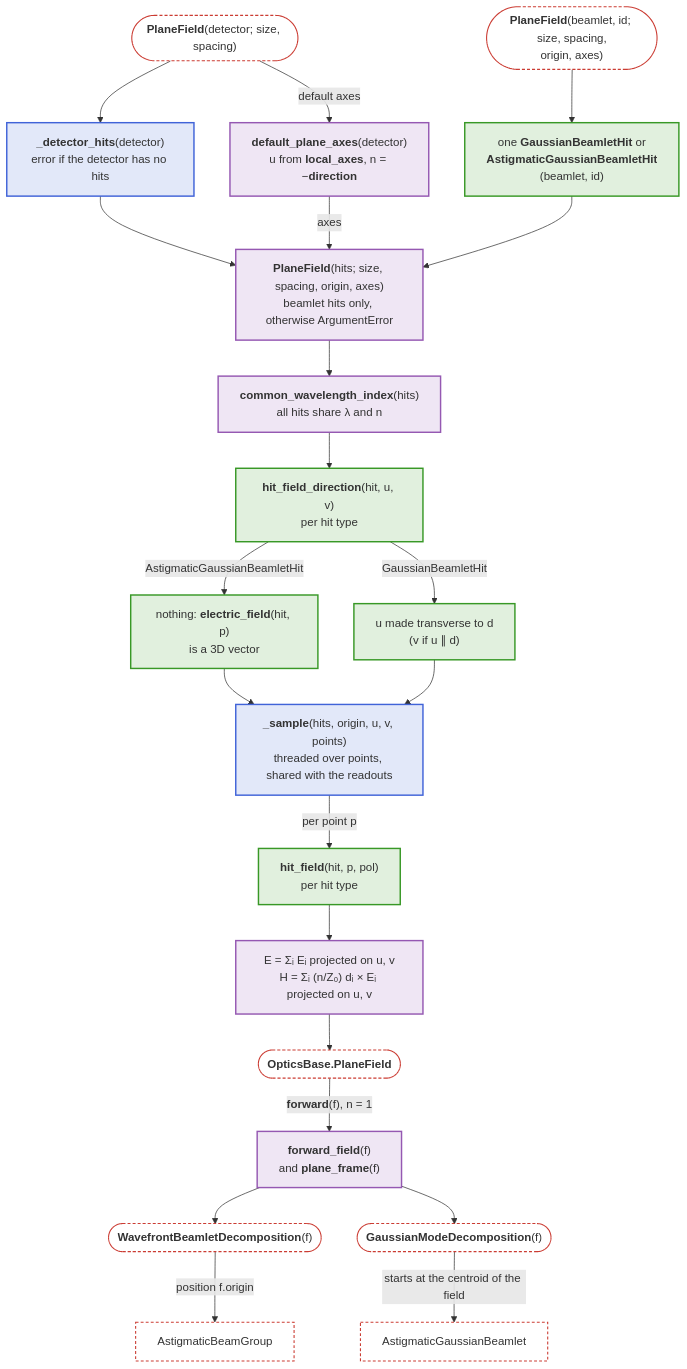
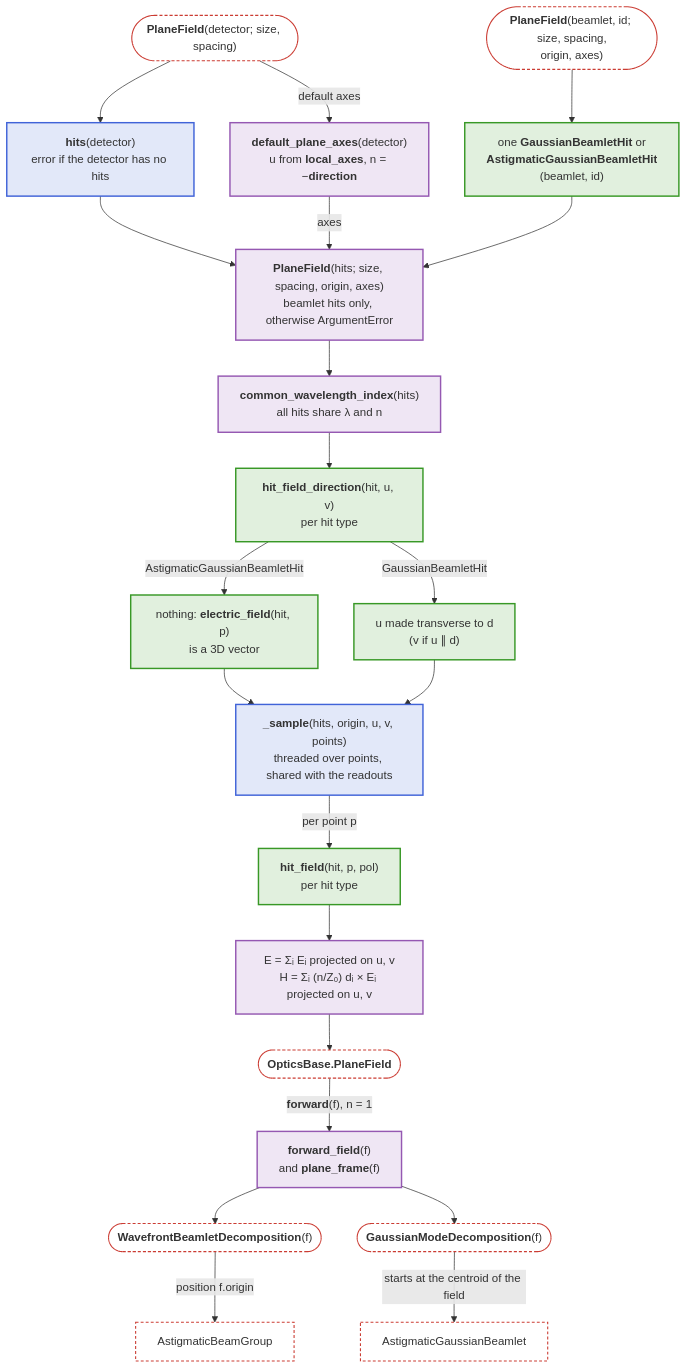
One commit to JuliaPhysics/BeamletOptics.jl changed the third of 3 diagrams in docs/src/basics/components/detectors.md. Above: the diagram before and after it, drawn with Mermaid. The commit also changed other lines of this file and 8 other files, not shown here.

First line of the commit message:
Feature: a detector without hits reads as zero power and no spots

````diff
--- a/docs/src/basics/components/detectors.md
+++ b/docs/src/basics/components/detectors.md
@@ -199,33 +200,33 @@
 ```mermaid
 flowchart TB
-    DET(["<b>PlaneField</b>(detector; size, spacing)"]) --> DH["<b>_detector_hits</b>(detector)<br/>error if the detector has no hits"]
+    DET(["<b>PlaneField</b>(detector; size, spacing)"]) --> DH["<b>hits</b>(detector)<br/>error if the detector has no hits"]
     DET -- "default axes" --> DA["<b>default_plane_axes</b>(detector)<br/>u from <b>local_axes</b>, n = −<b>direction</b>"]
     BEAM(["<b>PlaneField</b>(beamlet, id; size, spacing,<br/>origin, axes)"]) --> OH["one <b>GaussianBeamletHit</b> or<br/><b>AstigmaticGaussianBeamletHit</b><br/>(beamlet, id)"]
     DH --> PH
     DA -- "axes" --> PH
     OH --> PH
     PH["<b>PlaneField</b>(hits; size, spacing, origin, axes)<br/>beamlet hits only, otherwise ArgumentError"]
     PH --> CW["<b>common_wavelength_index</b>(hits)<br/>all hits share λ and n"]
     CW --> HFD["<b>hit_field_direction</b>(hit, u, v)<br/>per hit type"]
     HFD -- AstigmaticGaussianBeamletHit --> HA["nothing: <b>electric_field</b>(hit, p)<br/>is a 3D vector"]
     HFD -- GaussianBeamletHit --> HG["u made transverse to d<br/>(v if u ∥ d)"]
     HA --> SM["<b>_sample</b>(hits, origin, u, v, points)<br/>threaded over points, shared with the readouts"]
     HG --> SM
     SM -- "per point p" --> HF["<b>hit_field</b>(hit, p, pol)<br/>per hit type"]
     HF --> EH["E = Σᵢ Eᵢ projected on u, v<br/>H = Σᵢ (n/Z₀) dᵢ × Eᵢ projected on u, v"]
     EH --> PF(["<b>OpticsBase.PlaneField</b>"])
     PF -- "<b>forward</b>(f), n = 1" --> FF["<b>forward_field</b>(f)<br/>and <b>plane_frame</b>(f)"]
     FF --> WD(["<b>WavefrontBeamletDecomposition</b>(f)"])
     FF --> GD(["<b>GaussianModeDecomposition</b>(f)"])
     WD -- "position f.origin" --> BG["AstigmaticBeamGroup"]
     GD -- "starts at the centroid of the field" --> AB["AstigmaticGaussianBeamlet"]
 
     classDef blue fill:#4063D826,stroke:#4063D8,stroke-width:2px
     classDef green fill:#38982626,stroke:#389826,stroke-width:2px
     classDef purple fill:#9558B226,stroke:#9558B2,stroke-width:2px
     classDef terminal fill:transparent,stroke:#CB3C33,stroke-width:1.5px,stroke-dasharray:4 3
     class DH,SM blue
     class OH,HFD,HA,HG,HF green
     class DA,PH,CW,EH,FF purple
     class DET,BEAM,PF,WD,GD,BG,AB terminal
 ```
````
